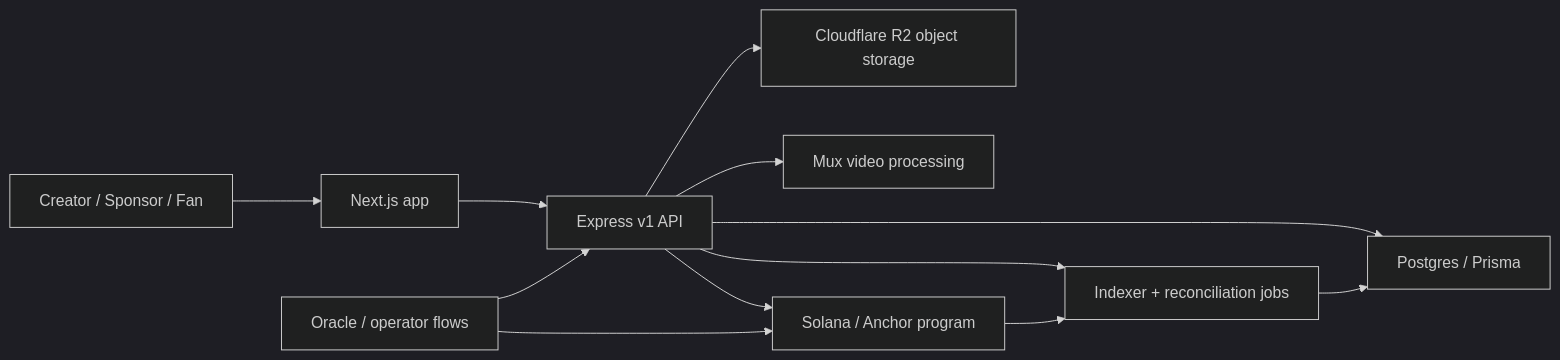
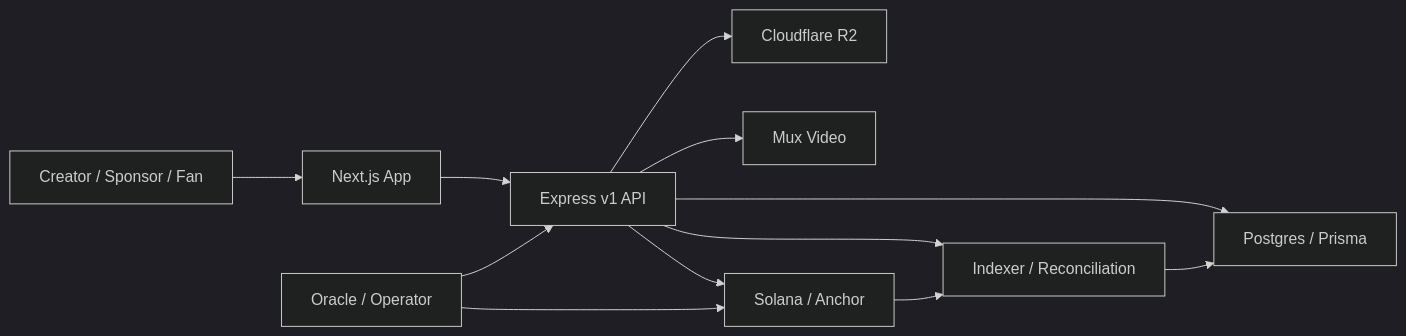
One commit to Carstin520/StreamPump changed the diagram in README.md. Above: the diagram before and after it, drawn with Mermaid (dark theme). The commit also changed other lines of this file and 5 other files, not shown here.

````diff
--- a/README.md
+++ b/README.md
@@ -82,14 +158,14 @@
 ```mermaid
 flowchart LR
-  Creator["Creator / Sponsor / Fan"] --> App["Next.js app"]
+  User["Creator / Sponsor / Fan"] --> App["Next.js App"]
   App --> API["Express v1 API"]
   API --> DB["Postgres / Prisma"]
-  API --> Storage["Cloudflare R2 object storage"]
-  API --> Mux["Mux video processing"]
-  API --> Indexer["Indexer + reconciliation jobs"]
-  API --> Solana["Solana / Anchor program"]
-  Oracle["Oracle / operator flows"] --> API
-  Oracle --> Solana
-  Solana --> Indexer
-  Indexer --> DB
+  API --> R2["Cloudflare R2"]
+  API --> Mux["Mux Video"]
+  API --> Jobs["Indexer / Reconciliation"]
+  API --> Chain["Solana / Anchor"]
+  Oracle["Oracle / Operator"] --> API
+  Oracle --> Chain
+  Chain --> Jobs
+  Jobs --> DB
 ```
````
